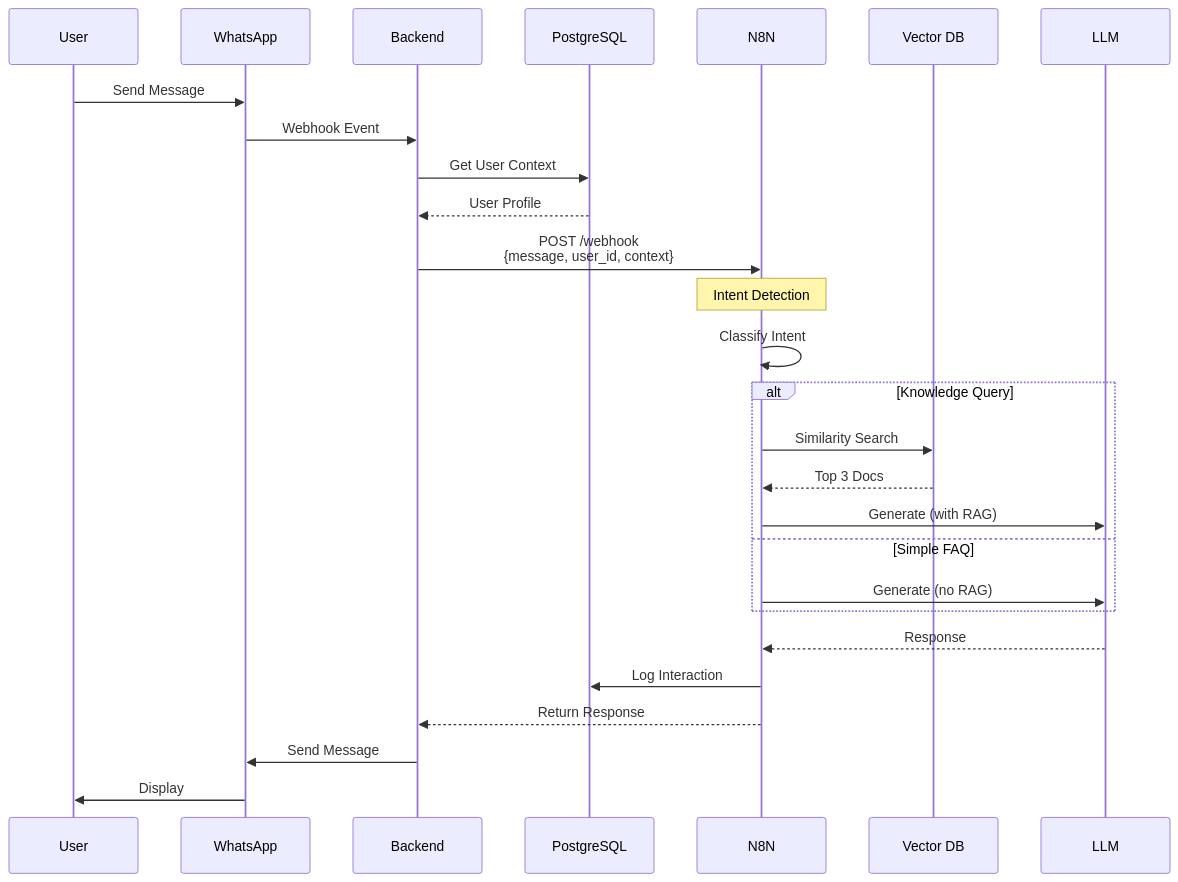
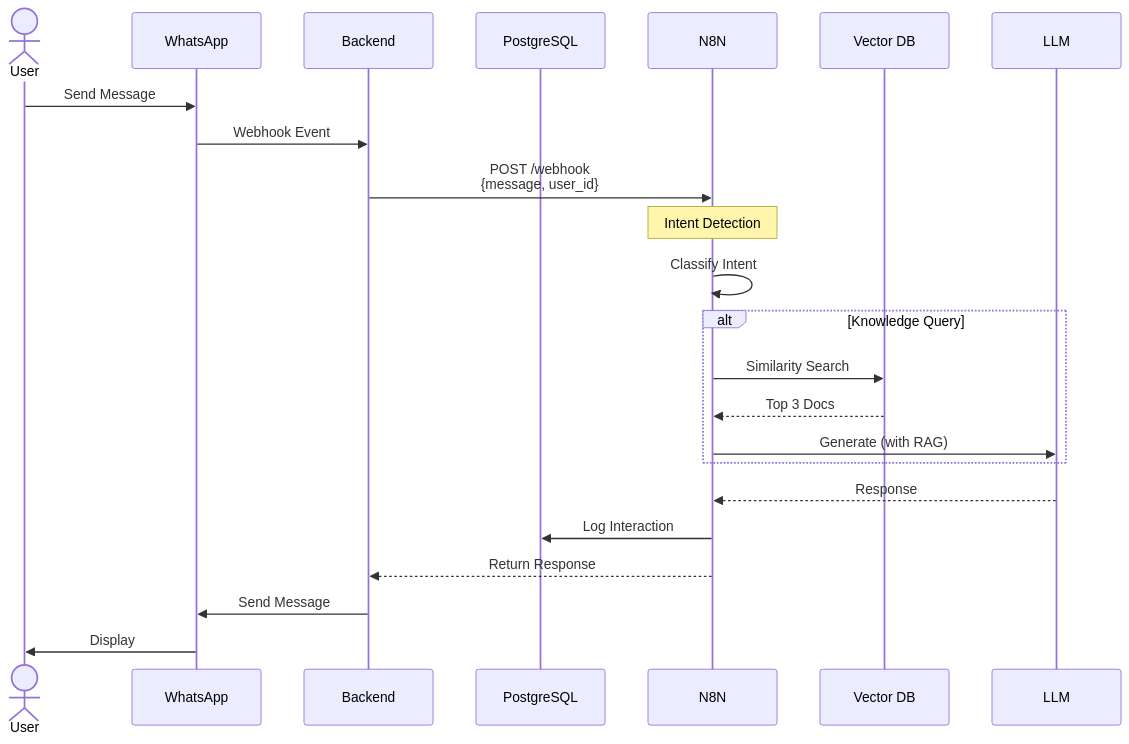
Before and after one commit to fajarAnd/workshop-brin: the sixth of 7 diagrams in docs/material/theory/10-phase3-integration-patterns.md, drawn with Mermaid.

Commit message:
edit materi 10

````diff
--- a/docs/material/theory/10-phase3-integration-patterns.md
+++ b/docs/material/theory/10-phase3-integration-patterns.md
@@ -327,33 +327,29 @@
 ```mermaid
 sequenceDiagram
-    participant U as User
+    actor U as User
     participant WA as WhatsApp
     participant BE as Backend
     participant DB as PostgreSQL
     participant N8N as N8N
     participant VDB as Vector DB
     participant LLM as LLM
 
     U->>WA: Send Message
     WA->>BE: Webhook Event
-    BE->>DB: Get User Context
-    DB-->>BE: User Profile
-    BE->>N8N: POST /webhook<br/>{message, user_id, context}
+    BE->>N8N: POST /webhook<br/>{message, user_id}
 
     Note over N8N: Intent Detection
     N8N->>N8N: Classify Intent
 
     alt Knowledge Query
         N8N->>VDB: Similarity Search
         VDB-->>N8N: Top 3 Docs
         N8N->>LLM: Generate (with RAG)
-    else Simple FAQ
-        N8N->>LLM: Generate (no RAG)
     end
 
     LLM-->>N8N: Response
     N8N->>DB: Log Interaction
     N8N-->>BE: Return Response
     BE->>WA: Send Message
     WA->>U: Display
 ```
````
